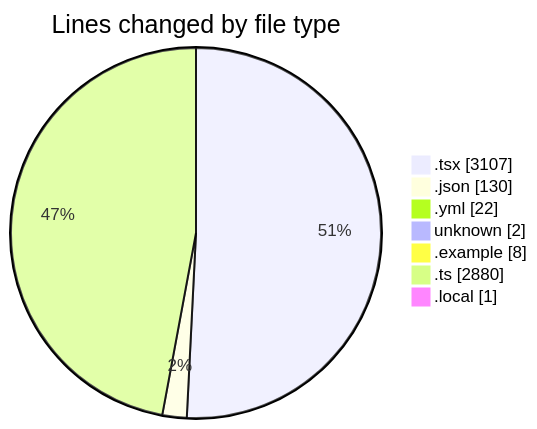
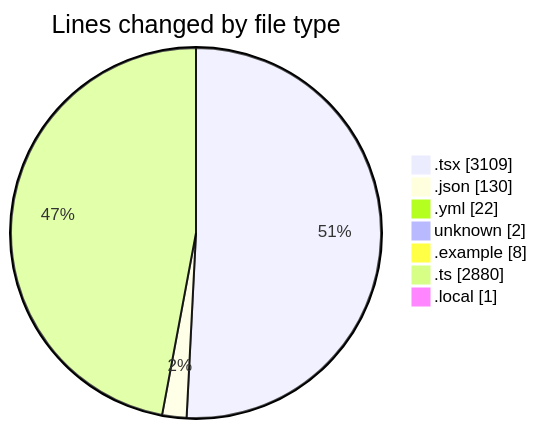
One commit to julien-gomy/code-tracking changed the first of 2 diagrams in 2025-11-21/eventscop-frontend-guide__workspace_/README.md. Above: the diagram before and after it, drawn with Mermaid. The commit also changed other lines of this file and 1 other file, not shown here.

````diff
--- a/2025-11-21/eventscop-frontend-guide__workspace_/README.md
+++ b/2025-11-21/eventscop-frontend-guide__workspace_/README.md
@@ -61,11 +61,11 @@
 ```mermaid
 pie showData
 title Lines changed by file type
-".tsx" : 3107
+".tsx" : 3109
 ".json" : 130
 ".yml" : 22
 "unknown" : 2
 ".example" : 8
 ".ts" : 2880
 ".local" : 1
 ```
````
